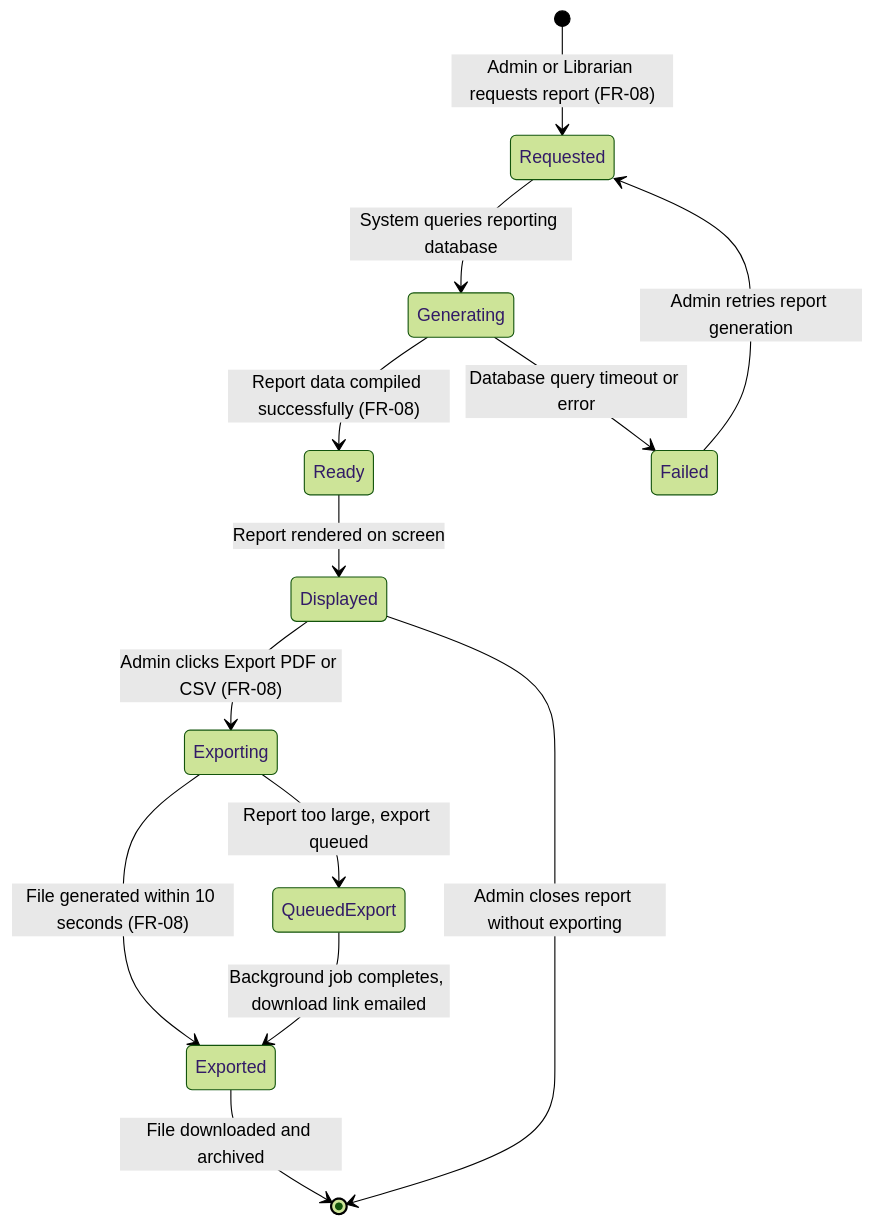
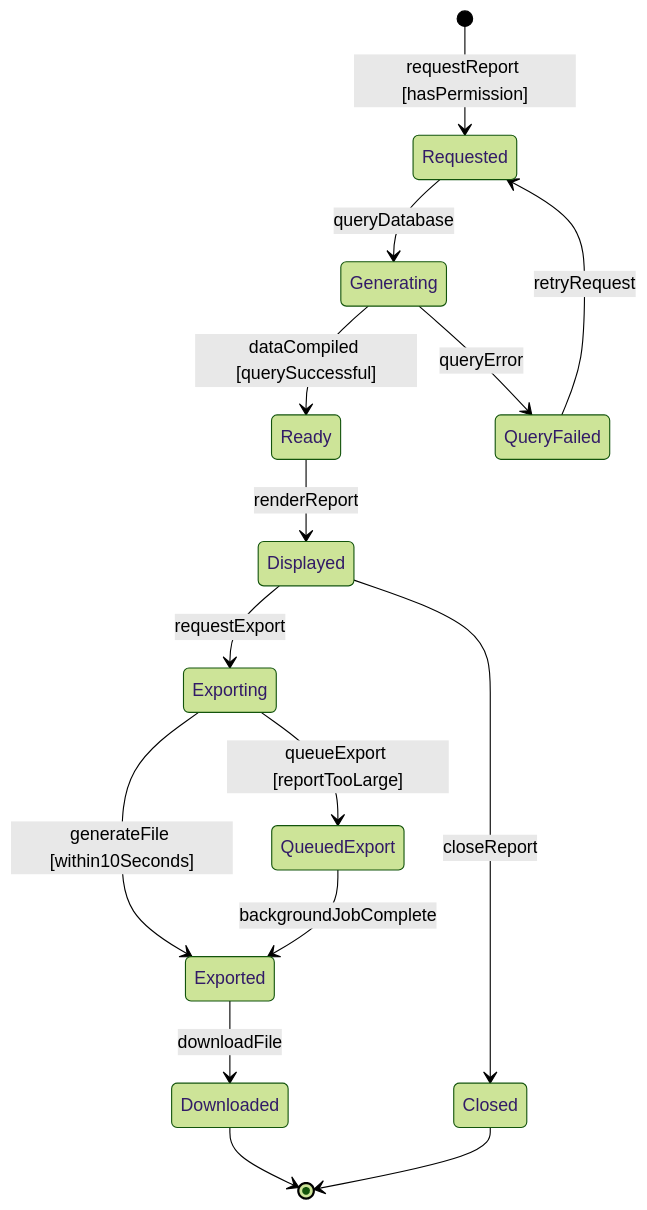
Before and after one commit to 211225347/Smart-Academic-Library-Assistance-System-SALAS-: the eighth of 8 diagrams in STATE_TRANSITION_DIAGRAMS.md, drawn with Mermaid (forest theme). The commit also changed other lines of this file, not shown here.

````diff
--- a/STATE_TRANSITION_DIAGRAMS.md
+++ b/STATE_TRANSITION_DIAGRAMS.md
@@ -280,19 +294,23 @@
 ```mermaid
 stateDiagram-v2
-    [*] --> Requested : Admin or Librarian requests report (FR-08)
+    [*] --> Requested : requestReport [hasPermission]
 
-    Requested --> Generating : System queries reporting database
-    Generating --> Ready : Report data compiled successfully (FR-08)
-    Generating --> Failed : Database query timeout or error
+    Requested --> Generating : queryDatabase
+    Generating --> Ready : dataCompiled [querySuccessful]
+    Generating --> QueryFailed : queryError
 
-    Failed --> Requested : Admin retries report generation
-    Ready --> Displayed : Report rendered on screen
+    QueryFailed --> Requested : retryRequest
 
-    Displayed --> Exporting : Admin clicks Export PDF or CSV (FR-08)
-    Exporting --> Exported : File generated within 10 seconds (FR-08)
-    Exporting --> QueuedExport : Report too large, export queued
+    Ready --> Displayed : renderReport
+    Displayed --> Exporting : requestExport
+    Displayed --> Closed : closeReport
 
-    QueuedExport --> Exported : Background job completes, download link emailed
-    Exported --> [*] : File downloaded and archived
-    Displayed --> [*] : Admin closes report without exporting
+    Exporting --> Exported : generateFile [within10Seconds]
+    Exporting --> QueuedExport : queueExport [reportTooLarge]
+
+    QueuedExport --> Exported : backgroundJobComplete
+    Exported --> Downloaded : downloadFile
+
+    Downloaded --> [*]
+    Closed --> [*]
 ```
````
